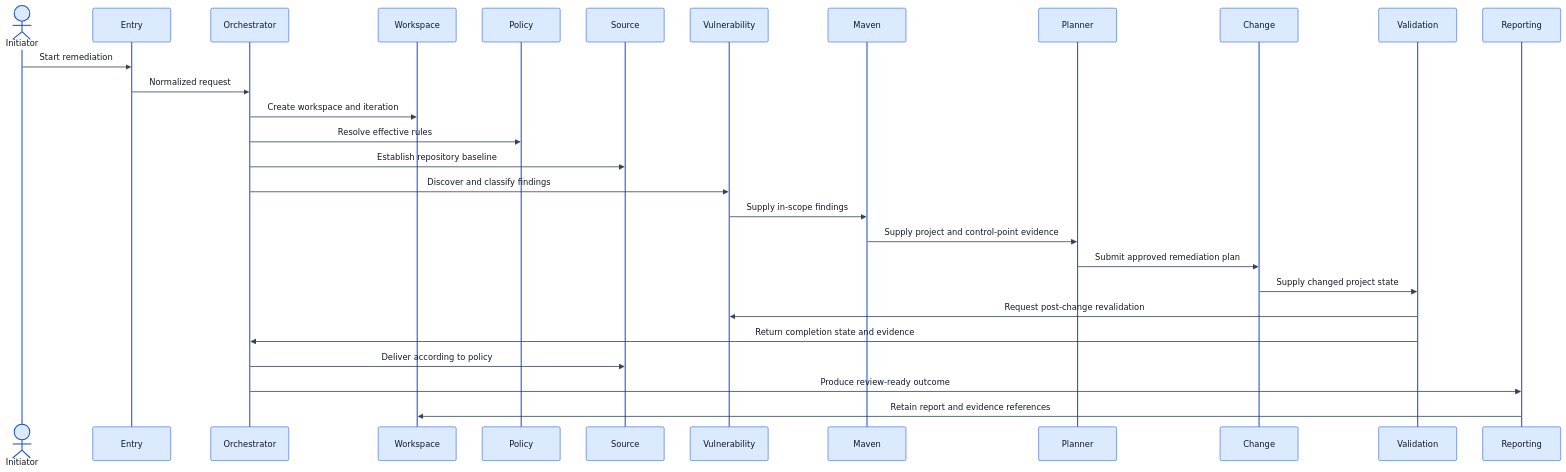
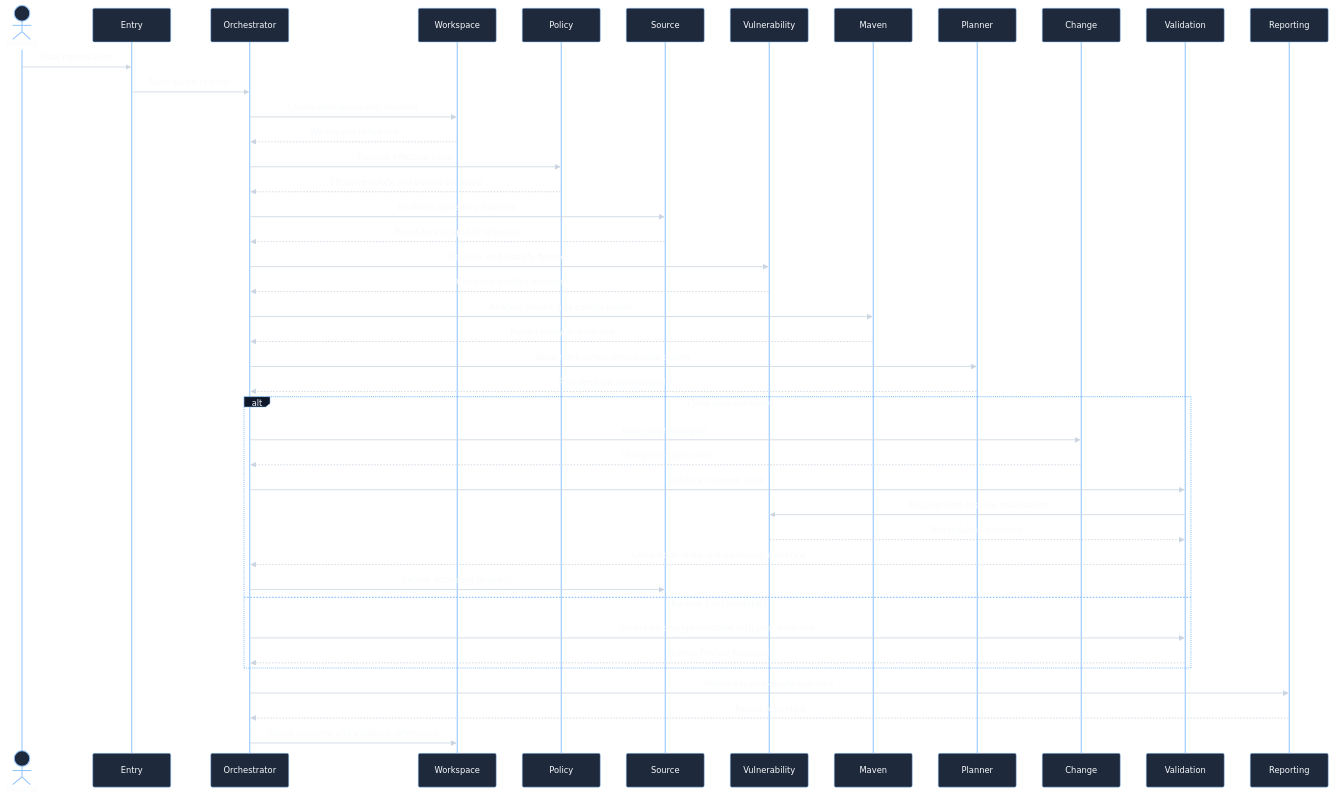
One commit to AILearner365/oss-remediation-adk changed the fifth of 8 diagrams in docs/04-system-architecture.md. Above: the diagram before and after it, drawn with Mermaid. The commit also changed other lines of this file, not shown here.

Commit message:
docs: fix orchestration flow and dark-mode diagram contrast

````diff
--- a/docs/04-system-architecture.md
+++ b/docs/04-system-architecture.md
@@ -278,32 +277,48 @@
 ```mermaid
-%%{init: {"theme":"base","themeVariables":{"background":"#ffffff","primaryColor":"#dbeafe","primaryTextColor":"#111827","primaryBorderColor":"#1d4ed8","lineColor":"#334155","textColor":"#111827","actorBkg":"#dbeafe","actorBorder":"#1d4ed8","actorTextColor":"#111827","signalColor":"#334155","signalTextColor":"#111827","labelBoxBkgColor":"#ffffff","labelTextColor":"#111827","noteBkgColor":"#fef3c7","noteTextColor":"#111827"}}}%%
+%%{init: {"theme":"base","themeVariables":{"background":"#0b1220","primaryColor":"#1e293b","primaryTextColor":"#f8fafc","primaryBorderColor":"#93c5fd","lineColor":"#cbd5e1","textColor":"#f8fafc","actorBkg":"#1e293b","actorBorder":"#93c5fd","actorTextColor":"#f8fafc","signalColor":"#cbd5e1","signalTextColor":"#f8fafc","labelBoxBkgColor":"#0f172a","labelTextColor":"#f8fafc","noteBkgColor":"#312e81","noteTextColor":"#f8fafc","activationBkgColor":"#243447","activationBorderColor":"#a7f3d0"}}}%%
 sequenceDiagram
     actor Initiator
     participant Entry
     participant Orchestrator
     participant Workspace
     participant Policy
     participant Source
     participant Vulnerability
     participant Maven
     participant Planner
     participant Change
     participant Validation
     participant Reporting
 
     Initiator->>Entry: Start remediation
     Entry->>Orchestrator: Normalized request
     Orchestrator->>Workspace: Create workspace and iteration
+    Workspace-->>Orchestrator: Workspace reference
     Orchestrator->>Policy: Resolve effective rules
+    Policy-->>Orchestrator: Effective policy and validation scope
     Orchestrator->>Source: Establish repository baseline
+    Source-->>Orchestrator: Repository snapshot reference
     Orchestrator->>Vulnerability: Discover and classify findings
-    Vulnerability->>Maven: Supply in-scope findings
-    Maven->>Planner: Supply project and control-point evidence
-    Planner->>Change: Submit approved remediation plan
-    Change->>Validation: Supply changed project state
-    Validation->>Vulnerability: Request post-change revalidation
-    Validation->>Orchestrator: Return completion state and evidence
-    Orchestrator->>Source: Deliver according to policy
+    Vulnerability-->>Orchestrator: Current classified findings
+    Orchestrator->>Maven: Analyze project and control points
+    Maven-->>Orchestrator: Maven analysis evidence
+    Orchestrator->>Planner: Determine safest remediation option
+    Planner-->>Orchestrator: Plan decision and rationale
+
+    alt Safe plan available
+        Orchestrator->>Change: Apply approved plan
+        Change-->>Orchestrator: Changed project state
+        Orchestrator->>Validation: Validate changed state
+        Validation->>Vulnerability: Request post-change revalidation
+        Vulnerability-->>Validation: Revalidation evidence
+        Validation-->>Orchestrator: Completion state and validation evidence
+        Orchestrator->>Source: Deliver according to policy
+    else No safe plan available
+        Orchestrator->>Validation: Assess no-change outcome with plan evidence
+        Validation-->>Orchestrator: Human Review Required
+    end
+
     Orchestrator->>Reporting: Produce review-ready outcome
-    Reporting->>Workspace: Retain report and evidence references
+    Reporting-->>Orchestrator: Report reference
+    Orchestrator->>Workspace: Retain outcome and evidence references
 ```
````
